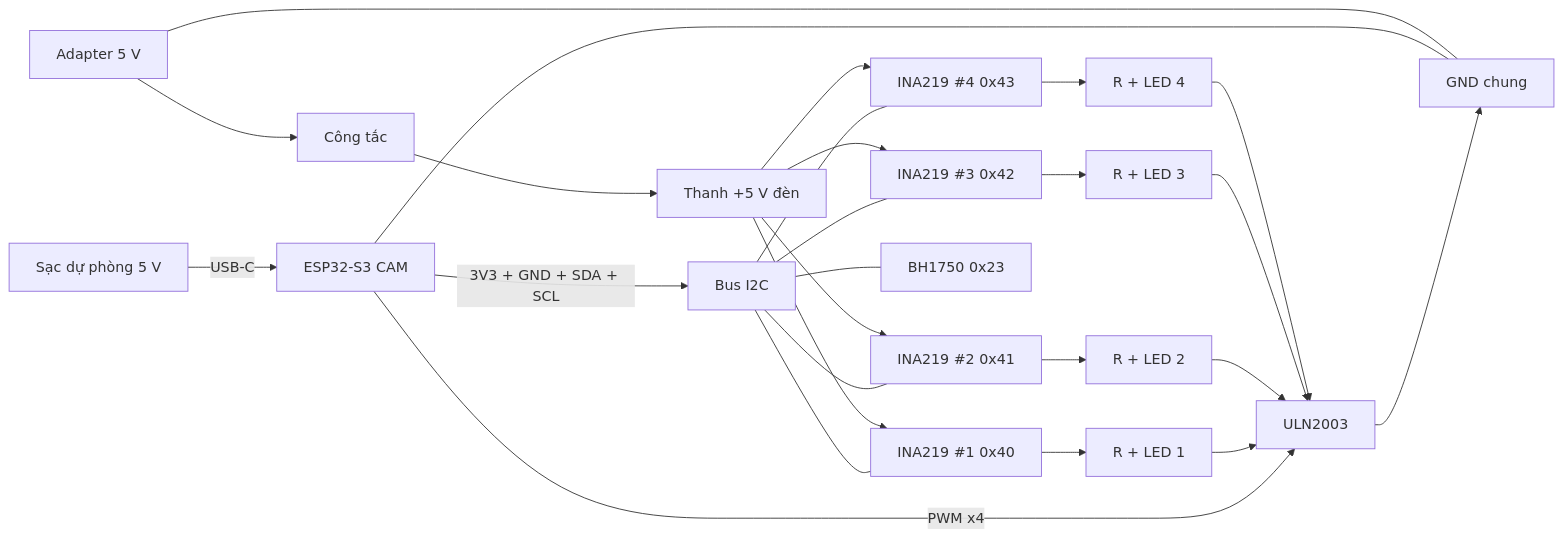
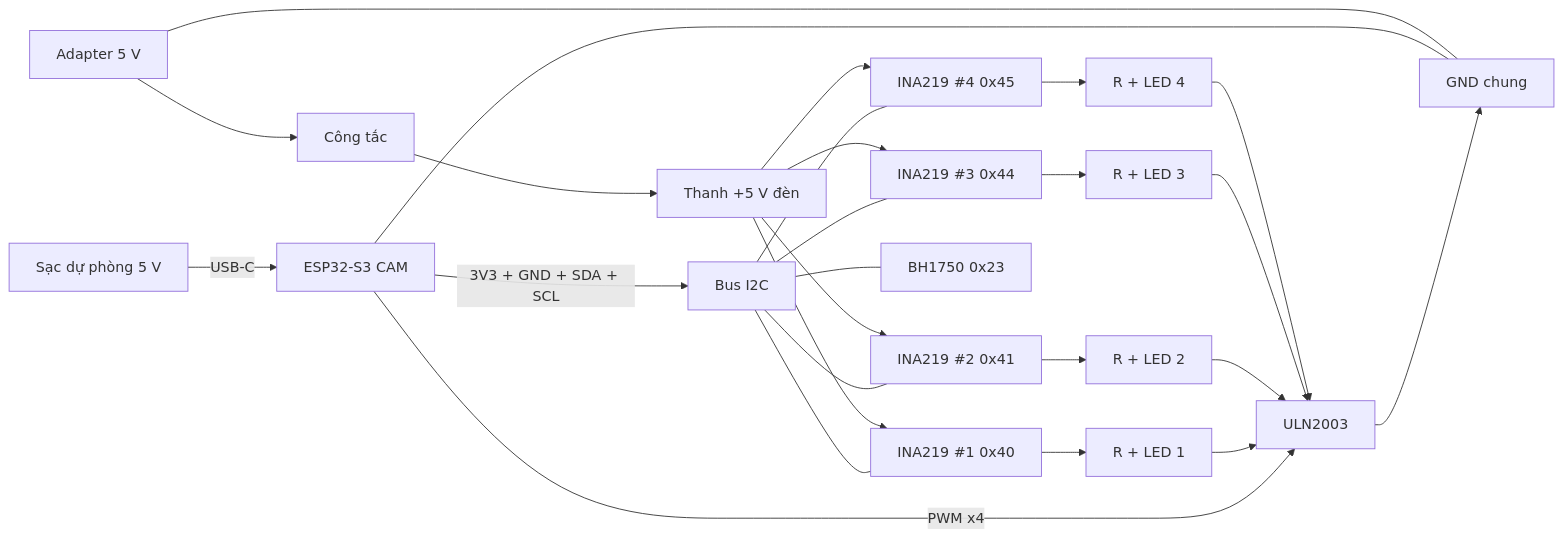
The diagram in plans/03-so-do-noi-day.md (nguyenduyhoanganh1-prog/smart_street_lighting), drawn with Mermaid before and after one commit. The commit also changed other lines of this file and 132 other files, not shown here.

````diff
--- a/plans/03-so-do-noi-day.md
+++ b/plans/03-so-do-noi-day.md
@@ -28,26 +28,26 @@
 ```mermaid
 flowchart LR
     PB[Sạc dự phòng 5 V] -->|USB-C| ESP[ESP32-S3 CAM]
     AD[Adapter 5 V] --> SW[Công tắc] --> RAIL5[Thanh +5 V đèn]
 
     ESP -->|3V3 + GND + SDA + SCL| I2C[Bus I2C]
     I2C --- INA1[INA219 #1 0x40]
     I2C --- INA2[INA219 #2 0x41]
-    I2C --- INA3[INA219 #3 0x42]
-    I2C --- INA4[INA219 #4 0x43]
+    I2C --- INA3[INA219 #3 0x44]
+    I2C --- INA4[INA219 #4 0x45]
     I2C --- BH[BH1750 0x23]
 
     RAIL5 --> INA1 --> L1[R + LED 1]
     RAIL5 --> INA2 --> L2[R + LED 2]
     RAIL5 --> INA3 --> L3[R + LED 3]
     RAIL5 --> INA4 --> L4[R + LED 4]
 
     ESP -->|PWM x4| ULN[ULN2003]
     L1 --> ULN
     L2 --> ULN
     L3 --> ULN
     L4 --> ULN
     ULN --> GND[GND chung]
     ESP --- GND
     AD --- GND
 ```
````
